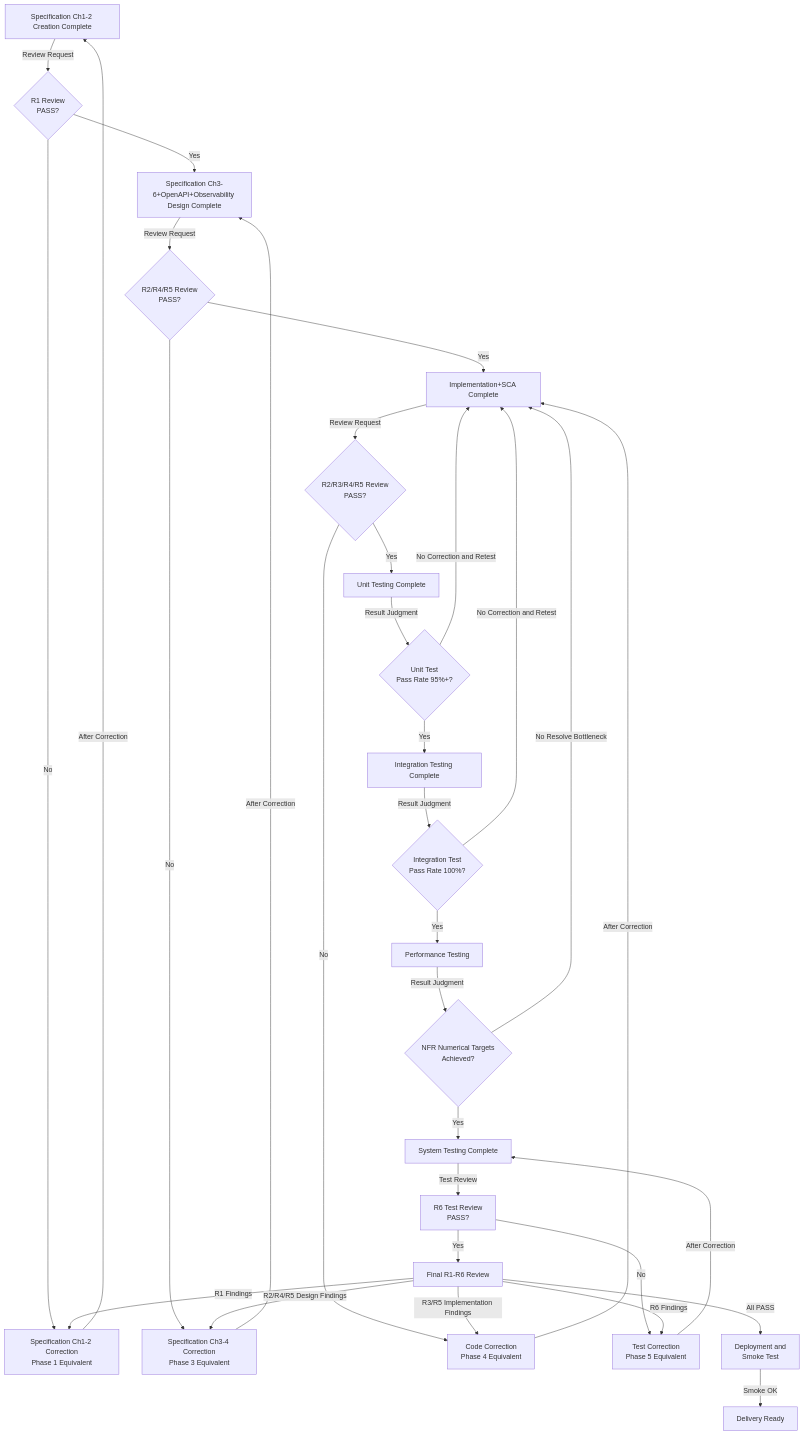
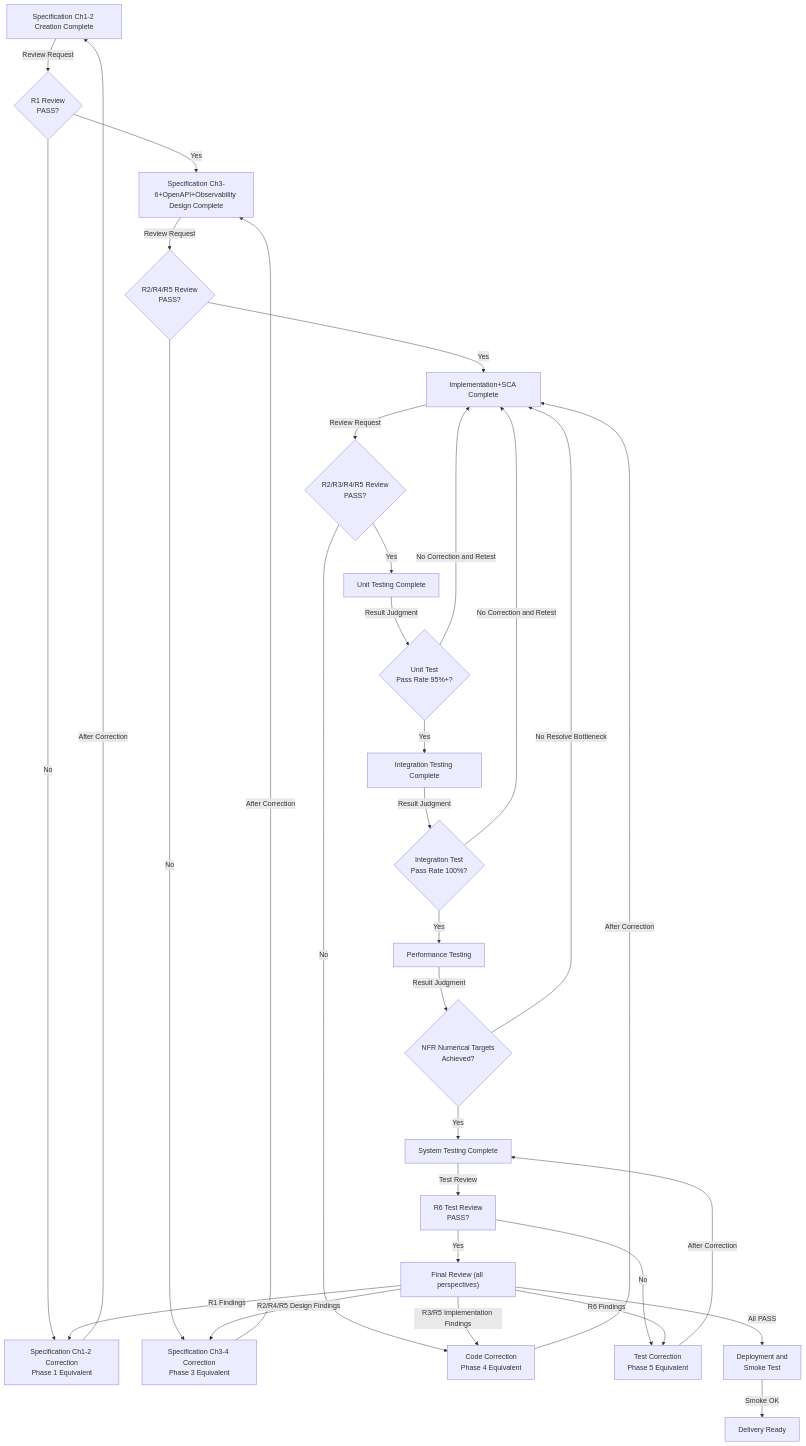
Before and after one commit to GoodRelax/gr-sw-maker: the ninth of 12 diagrams in process-rules/full-auto-dev-process-rules-en.md, drawn with Mermaid. The commit also changed other lines of this file and 23 other files, not shown here.

````diff
--- a/process-rules/full-auto-dev-process-rules-en.md
+++ b/process-rules/full-auto-dev-process-rules-en.md
@@ -1890,56 +1890,56 @@
 ```mermaid
 flowchart TD
     Spec1["Specification Ch1-2 Creation Complete"]
     Spec1_Review{"R1 Review<br/>PASS?"}
     Spec2["Specification Ch3-6+OpenAPI+Observability Design Complete"]
     Spec2_Review{"R2/R4/R5 Review<br/>PASS?"}
     Impl["Implementation+SCA Complete"]
     Code_Review{"R2/R3/R4/R5 Review<br/>PASS?"}
     UT["Unit Testing Complete"]
     UT_Gate{"Unit Test<br/>Pass Rate 95%+?"}
     IT["Integration Testing Complete"]
     IT_Gate{"Integration Test<br/>Pass Rate 100%?"}
     PerfT["Performance Testing"]
     Perf_Gate{"NFR Numerical Targets<br/>Achieved?"}
     ST["System Testing Complete"]
     TR["R6 Test Review<br/>PASS?"]
-    Final["Final R1-R6 Review"]
+    Final["Final Review (all perspectives)"]
     R1Fail["Specification Ch1-2 Correction<br/>Phase 1 Equivalent"]
     R2Fail["Specification Ch3-4 Correction<br/>Phase 3 Equivalent"]
     R3Fail["Code Correction<br/>Phase 4 Equivalent"]
     R6Fail["Test Correction<br/>Phase 5 Equivalent"]
     Deploy["Deployment and<br/>Smoke Test"]
     Done["Delivery Ready"]
 
     Spec1 -->|"Review Request"| Spec1_Review
     Spec1_Review -->|"Yes"| Spec2
     Spec1_Review -->|"No"| R1Fail
     R1Fail -->|"After Correction"| Spec1
     Spec2 -->|"Review Request"| Spec2_Review
     Spec2_Review -->|"Yes"| Impl
     Spec2_Review -->|"No"| R2Fail
     R2Fail -->|"After Correction"| Spec2
     Impl -->|"Review Request"| Code_Review
     Code_Review -->|"Yes"| UT
     Code_Review -->|"No"| R3Fail
     R3Fail -->|"After Correction"| Impl
     UT -->|"Result Judgment"| UT_Gate
     UT_Gate -->|"Yes"| IT
     UT_Gate -->|"No Correction and Retest"| Impl
     IT -->|"Result Judgment"| IT_Gate
     IT_Gate -->|"Yes"| PerfT
     IT_Gate -->|"No Correction and Retest"| Impl
     PerfT -->|"Result Judgment"| Perf_Gate
     Perf_Gate -->|"Yes"| ST
     Perf_Gate -->|"No Resolve Bottleneck"| Impl
     ST -->|"Test Review"| TR
     TR -->|"Yes"| Final
     TR -->|"No"| R6Fail
     R6Fail -->|"After Correction"| ST
     Final -->|"R1 Findings"| R1Fail
     Final -->|"R2/R4/R5 Design Findings"| R2Fail
     Final -->|"R3/R5 Implementation Findings"| R3Fail
     Final -->|"R6 Findings"| R6Fail
     Final -->|"All PASS"| Deploy
     Deploy -->|"Smoke OK"| Done
 ```
````
